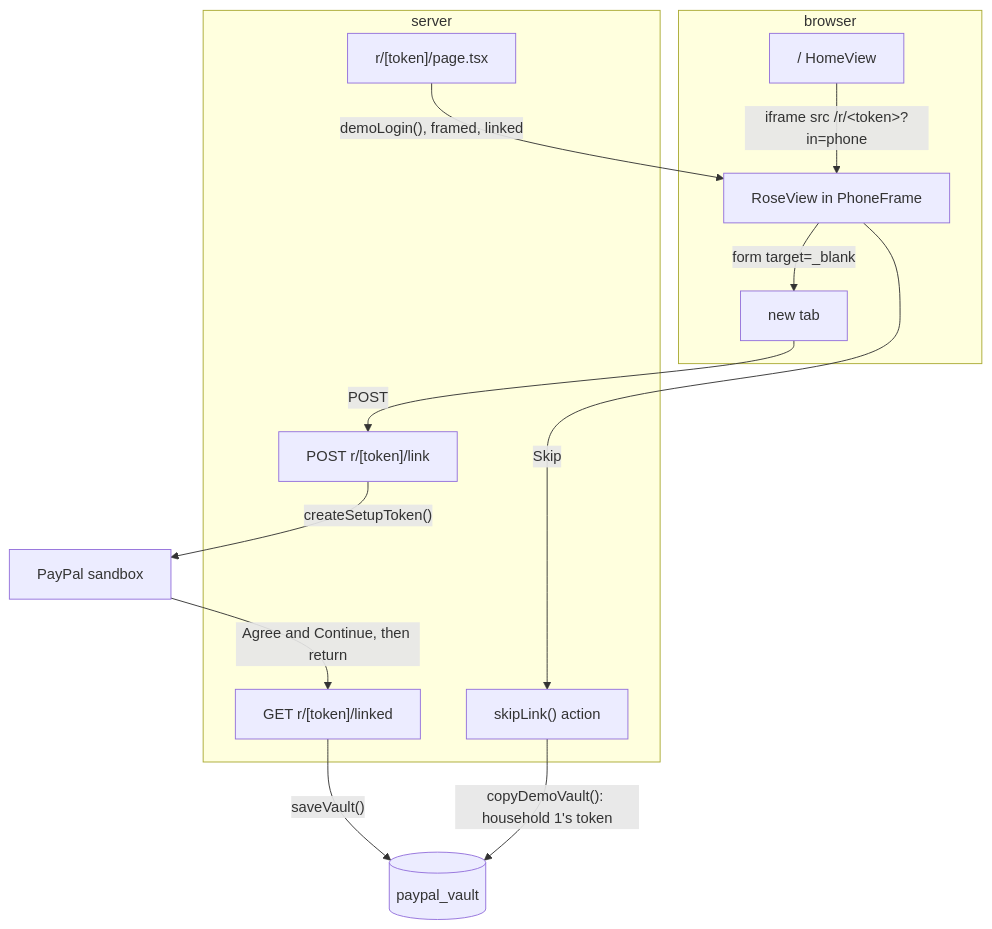
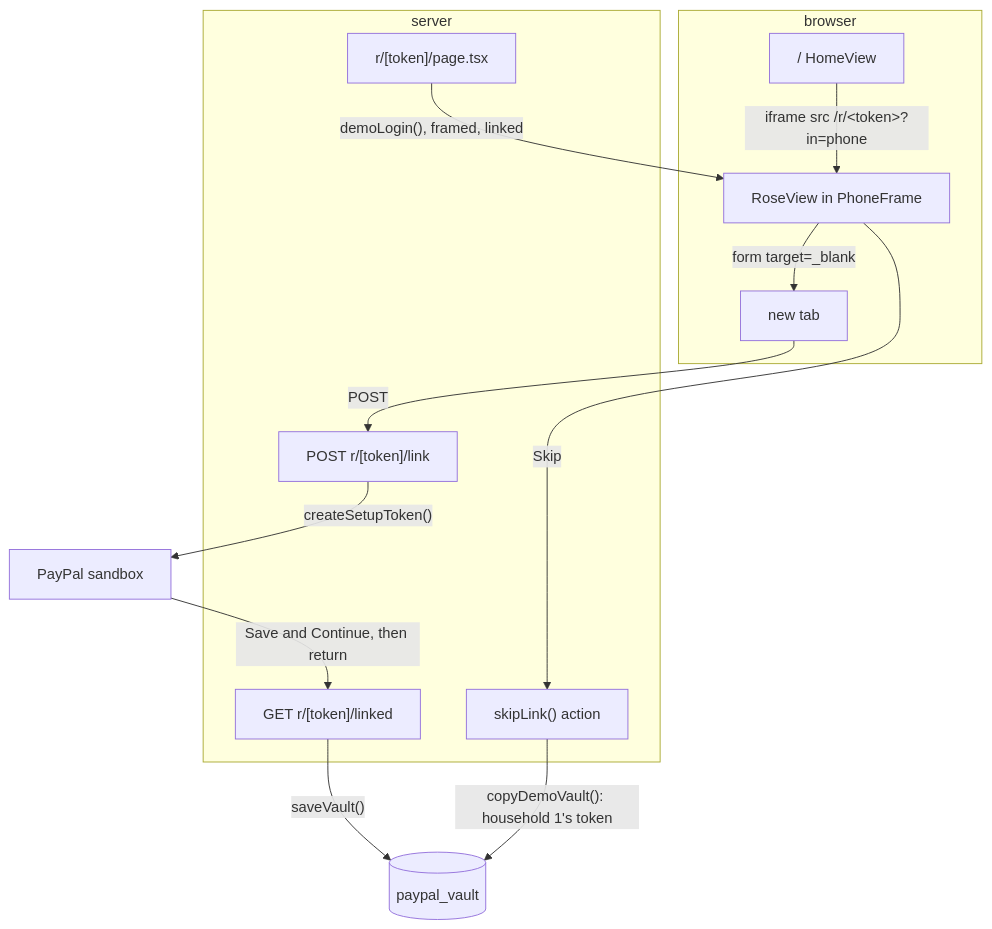
Before and after one commit to dzaffren/kincart: the fourth of 5 diagrams in docs/specs/link-paypal-onboarding.md, drawn with Mermaid. The commit also changed other lines of this file, not shown here.

````diff
--- a/docs/specs/link-paypal-onboarding.md
+++ b/docs/specs/link-paypal-onboarding.md
@@ -158,22 +159,22 @@
 ```mermaid
 flowchart TB
     subgraph browser
         HOME["/ HomeView"] -- "iframe src /r/&lt;token&gt;?in=phone" --> ROSE["RoseView in PhoneFrame"]
         TAB["new tab"]
     end
     subgraph server
         PAGE["r/[token]/page.tsx"] -- "demoLogin(), framed, linked" --> ROSE
         LINK["POST r/[token]/link"]
         SKIP["skipLink() action"]
         LINKED["GET r/[token]/linked"]
     end
     DB[(paypal_vault)]
     PP[PayPal sandbox]
     ROSE -- "form target=_blank" --> TAB
     TAB -- "POST" --> LINK
     LINK -- "createSetupToken()" --> PP
-    PP -- "Agree and Continue, then return" --> LINKED
+    PP -- "Save and Continue, then return" --> LINKED
     LINKED -- "saveVault()" --> DB
     ROSE -- "Skip" --> SKIP
     SKIP -- "copyDemoVault(): household 1's token" --> DB
 ```
````
